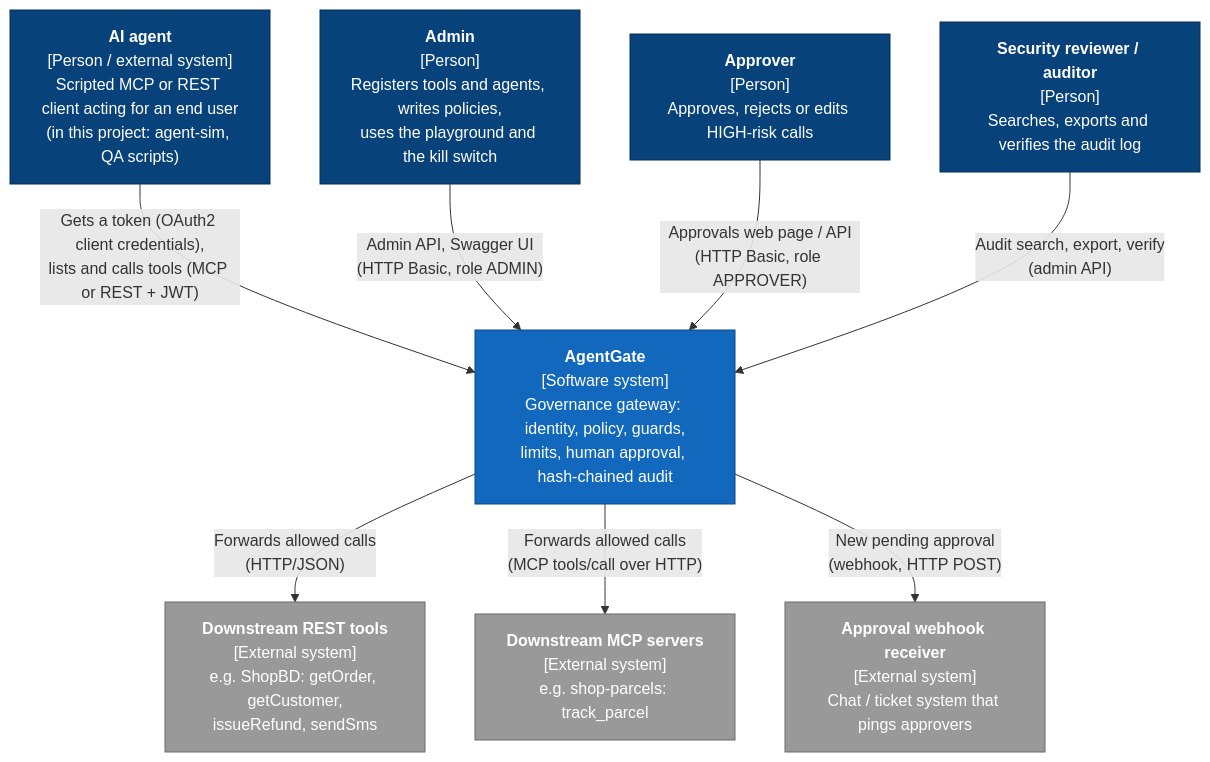
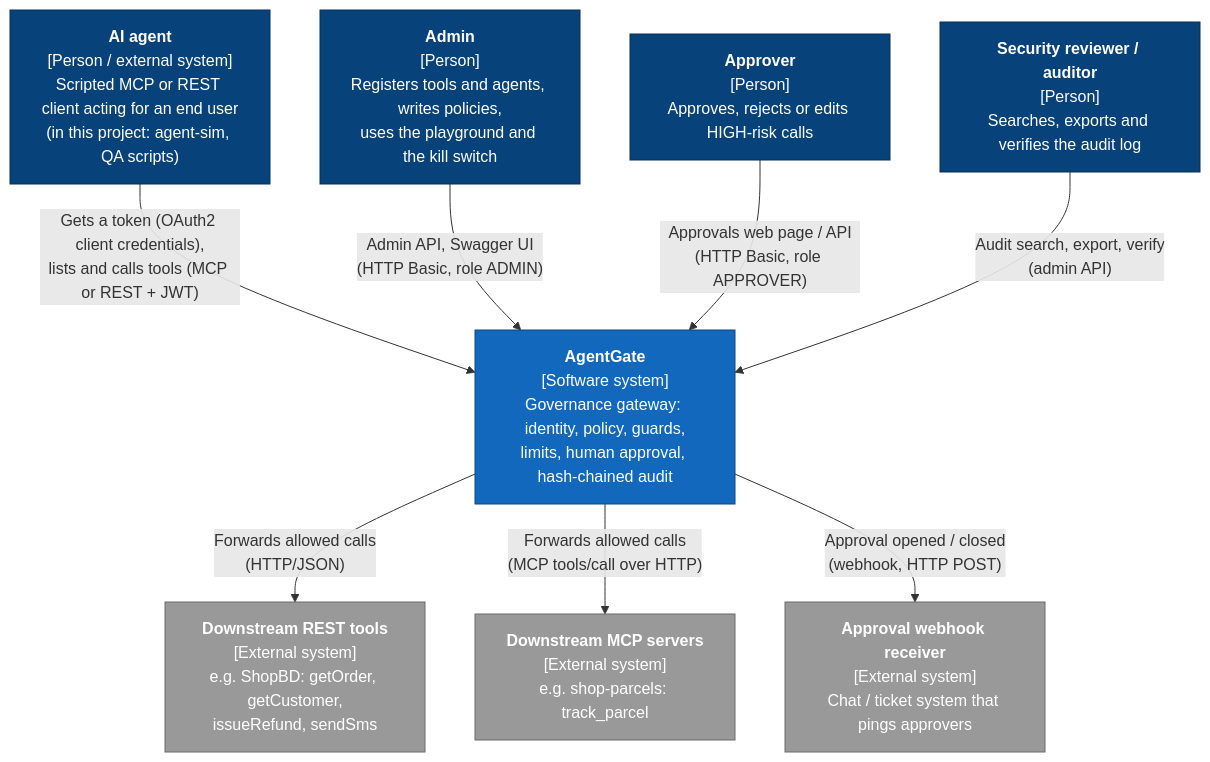
The diagram in docs/architecture/c4-context.md (Israt-tanni-Mihu/AgentGate), drawn with Mermaid before and after one commit. The commit also changed 12 other files, not shown here.

Commit message:
fix(approval): cancel orphaned PENDING approvals on startup with audit and webhook

````diff
--- a/docs/architecture/c4-context.md
+++ b/docs/architecture/c4-context.md
@@ -5,28 +5,28 @@
 ```mermaid
 flowchart TB
     agent["<b>AI agent</b><br/>[Person / external system]<br/>Scripted MCP or REST client acting for an end user<br/>(in this project: agent-sim, QA scripts)"]
     admin["<b>Admin</b><br/>[Person]<br/>Registers tools and agents, writes policies,<br/>uses the playground and the kill switch"]
     approver["<b>Approver</b><br/>[Person]<br/>Approves, rejects or edits HIGH-risk calls"]
     reviewer["<b>Security reviewer / auditor</b><br/>[Person]<br/>Searches, exports and verifies the audit log"]
 
     gate["<b>AgentGate</b><br/>[Software system]<br/>Governance gateway: identity, policy, guards,<br/>limits, human approval, hash-chained audit"]
 
     rest["<b>Downstream REST tools</b><br/>[External system]<br/>e.g. ShopBD: getOrder, getCustomer,<br/>issueRefund, sendSms"]
     mcp["<b>Downstream MCP servers</b><br/>[External system]<br/>e.g. shop-parcels: track_parcel"]
     hook["<b>Approval webhook receiver</b><br/>[External system]<br/>Chat / ticket system that pings approvers"]
 
     agent -- "Gets a token (OAuth2 client credentials),<br/>lists and calls tools (MCP or REST + JWT)" --> gate
     admin -- "Admin API, Swagger UI<br/>(HTTP Basic, role ADMIN)" --> gate
     approver -- "Approvals web page / API<br/>(HTTP Basic, role APPROVER)" --> gate
     reviewer -- "Audit search, export, verify<br/>(admin API)" --> gate
     gate -- "Forwards allowed calls<br/>(HTTP/JSON)" --> rest
     gate -- "Forwards allowed calls<br/>(MCP tools/call over HTTP)" --> mcp
-    gate -- "New pending approval<br/>(webhook, HTTP POST)" --> hook
+    gate -- "Approval opened / closed<br/>(webhook, HTTP POST)" --> hook
 
     classDef person fill:#08427b,color:#fff,stroke:#052e56
     classDef system fill:#1168bd,color:#fff,stroke:#0b4884
     classDef external fill:#999,color:#fff,stroke:#6b6b6b
     class agent,admin,approver,reviewer person
     class gate system
     class rest,mcp,hook external
 ```
````
